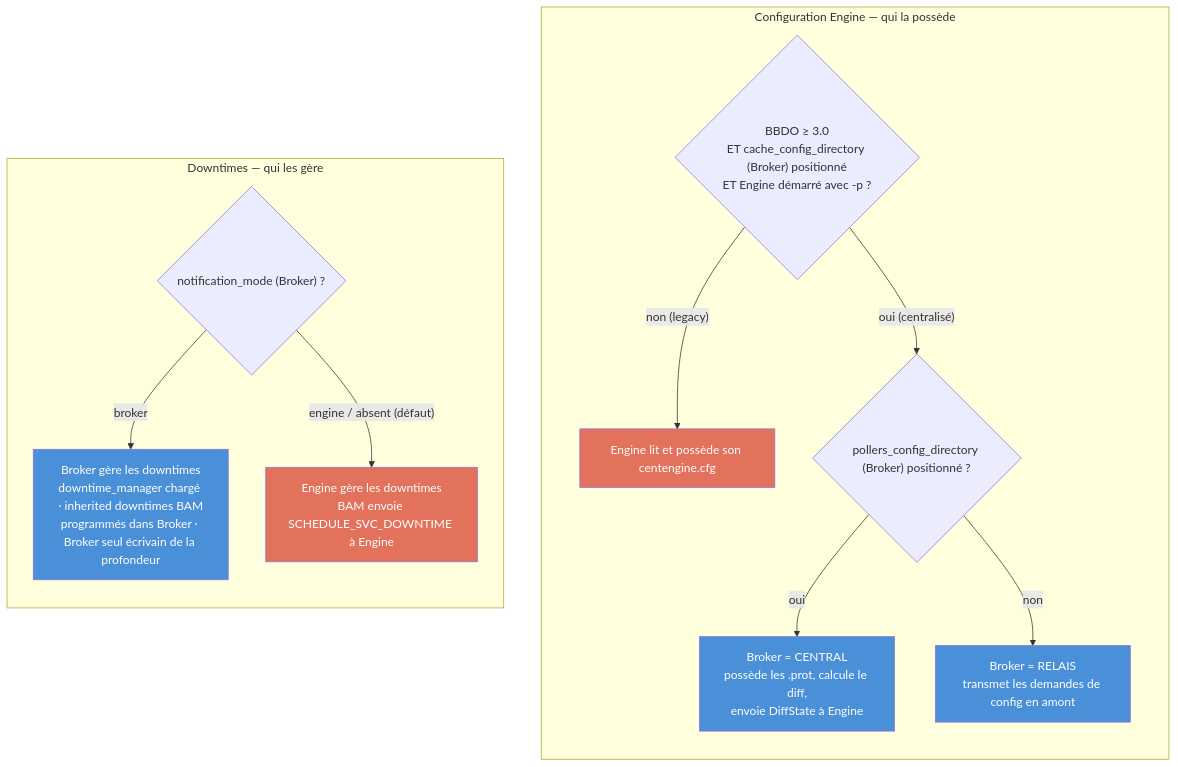
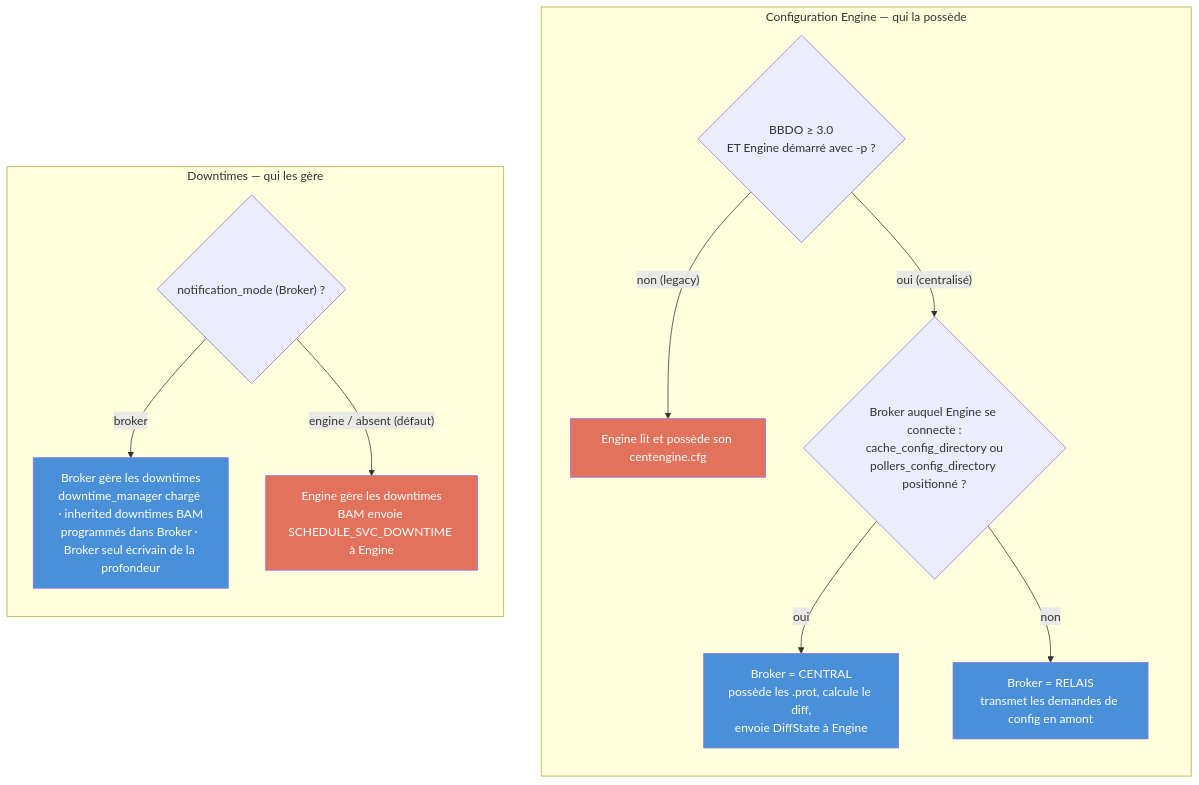
One commit to centreon/centreon-collect changed the second of 50 diagrams in doc/nego-engine-broker-fr.md. Above: the diagram before and after it, drawn with Mermaid. The commit also changed other lines of this file and 2 other files, not shown here.

Commit message:
chore(doc): nego-engine-broker updated

````diff
--- a/doc/nego-engine-broker-fr.md
+++ b/doc/nego-engine-broker-fr.md
@@ -380,21 +375,21 @@
 ```mermaid
 flowchart TD
     classDef engine fill:#e2725b,color:#fff;
     classDef broker fill:#4a90d9,color:#fff;
 
     subgraph CONF["Configuration Engine — qui la possède"]
         direction TB
-        Q1{"BBDO ≥ 3.0<br/>ET cache_config_directory (Broker) positionné<br/>ET Engine démarré avec -p ?"}
+        Q1{"BBDO ≥ 3.0<br/>ET Engine démarré avec -p ?"}
         Q1 -- "non (legacy)" --> ENGCONF["Engine lit et possède son centengine.cfg"]:::engine
-        Q1 -- "oui (centralisé)" --> Q2{"pollers_config_directory (Broker) positionné ?"}
+        Q1 -- "oui (centralisé)" --> Q2{"Broker auquel Engine se connecte :<br/>cache_config_directory ou<br/>pollers_config_directory positionné ?"}
         Q2 -- "oui" --> CENTRAL["Broker = CENTRAL<br/>possède les .prot, calcule le diff,<br/>envoie DiffState à Engine"]:::broker
         Q2 -- "non" --> RELAY["Broker = RELAIS<br/>transmet les demandes de config en amont"]:::broker
     end
 
     subgraph DT["Downtimes — qui les gère"]
         direction TB
         Q3{"notification_mode (Broker) ?"}
         Q3 -- "broker" --> DTBROKER["Broker gère les downtimes<br/>downtime_manager chargé · inherited downtimes BAM<br/>programmés dans Broker · Broker seul écrivain de la profondeur"]:::broker
         Q3 -- "engine / absent (défaut)" --> DTENGINE["Engine gère les downtimes<br/>BAM envoie SCHEDULE_SVC_DOWNTIME à Engine"]:::engine
     end
 ```
````
